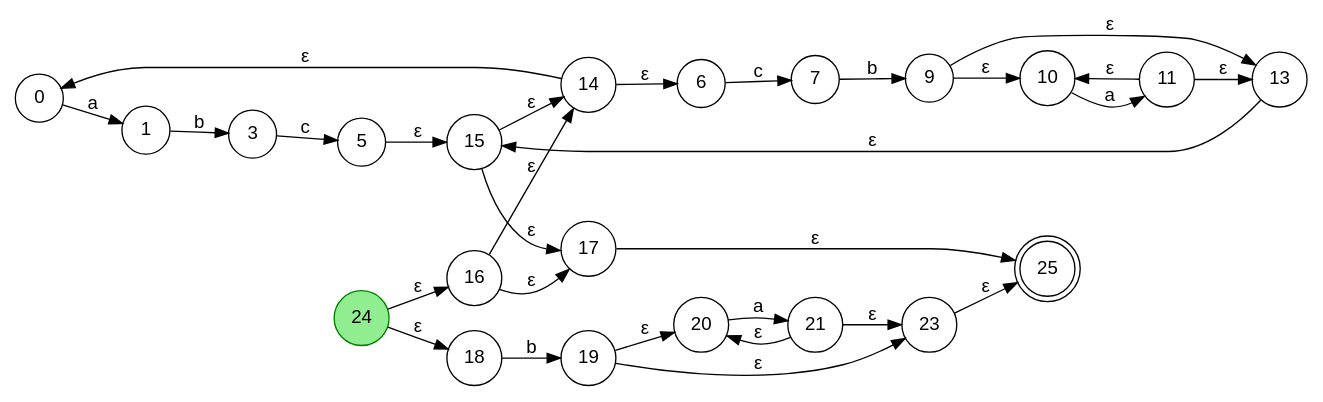
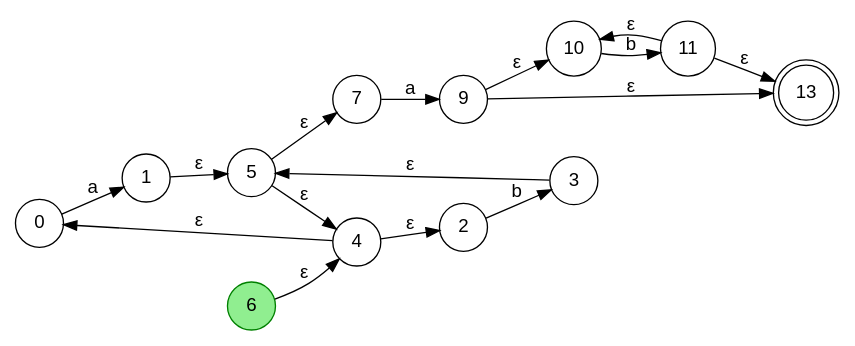
One commit to EndRiKeR/comp-lab changed the diagram in dots/nfa.dot. Above: the diagram before and after it, drawn with Graphviz. The commit also changed 17 other files, not shown here.

```diff
--- a/dots/nfa.dot
+++ b/dots/nfa.dot
@@ -1,54 +1,32 @@
 digraph NFA {
   rankdir=LR;
   node [fontname="Helvetica,Arial,sans-serif"];
   edge [fontname="Helvetica,Arial,sans-serif"];
-  0 [shape=circle];
-  1 [shape=circle];
-  3 [shape=circle];
-  5 [shape=circle];
-  6 [shape=circle];
-  7 [shape=circle];
-  9 [shape=circle];
-  10 [shape=circle];
-  11 [shape=circle];
-  13 [shape=circle];
-  14 [shape=circle];
-  15 [shape=circle];
-  16 [shape=circle];
-  17 [shape=circle];
-  18 [shape=circle];
-  19 [shape=circle];
-  20 [shape=circle];
-  21 [shape=circle];
-  23 [shape=circle];
-  24 [shape=circle,color=green,style=filled,fillcolor=lightgreen];
-  25 [shape=doublecircle];
-  24 -> 16 [label="ε"];
-  24 -> 18 [label="ε"];
-  16 -> 14 [label="ε"];
-  16 -> 17 [label="ε"];
-  14 -> 0 [label="ε"];
-  14 -> 6 [label="ε"];
-  0 -> 1 [label="a"];
-  1 -> 3 [label="b"];
-  3 -> 5 [label="c"];
-  5 -> 15 [label="ε"];
-  15 -> 14 [label="ε"];
-  15 -> 17 [label="ε"];
-  17 -> 25 [label="ε"];
-  6 -> 7 [label="c"];
-  7 -> 9 [label="b"];
-  9 -> 10 [label="ε"];
-  9 -> 13 [label="ε"];
-  10 -> 11 [label="a"];
-  11 -> 10 [label="ε"];
-  11 -> 13 [label="ε"];
-  13 -> 15 [label="ε"];
-  18 -> 19 [label="b"];
-  19 -> 20 [label="ε"];
-  19 -> 23 [label="ε"];
-  20 -> 21 [label="a"];
-  21 -> 20 [label="ε"];
-  21 -> 23 [label="ε"];
-  23 -> 25 [label="ε"];
+  "0" [label="0"] [shape=circle];
+  "1" [label="1"] [shape=circle];
+  "2" [label="2"] [shape=circle];
+  "3" [label="3"] [shape=circle];
+  "4" [label="4"] [shape=circle];
+  "5" [label="5"] [shape=circle];
+  "6" [label="6"] [shape=circle,color=green,style=filled,fillcolor=lightgreen];
+  "7" [label="7"] [shape=circle];
+  "9" [label="9"] [shape=circle];
+  "10" [label="10"] [shape=circle];
+  "11" [label="11"] [shape=circle];
+  "13" [label="13"] [shape=doublecircle];
+  "0" -> "1" [label="a"];
+  "2" -> "3" [label="b"];
+  "4" -> "0" [label="ε"];
+  "4" -> "2" [label="ε"];
+  "1" -> "5" [label="ε"];
+  "3" -> "5" [label="ε"];
+  "6" -> "4" [label="ε"];
+  "5" -> "4" [label="ε"];
+  "5" -> "7" [label="ε"];
+  "7" -> "9" [label="a"];
+  "10" -> "11" [label="b"];
+  "11" -> "10" [label="ε"];
+  "11" -> "13" [label="ε"];
+  "9" -> "10" [label="ε"];
+  "9" -> "13" [label="ε"];
 }
```
